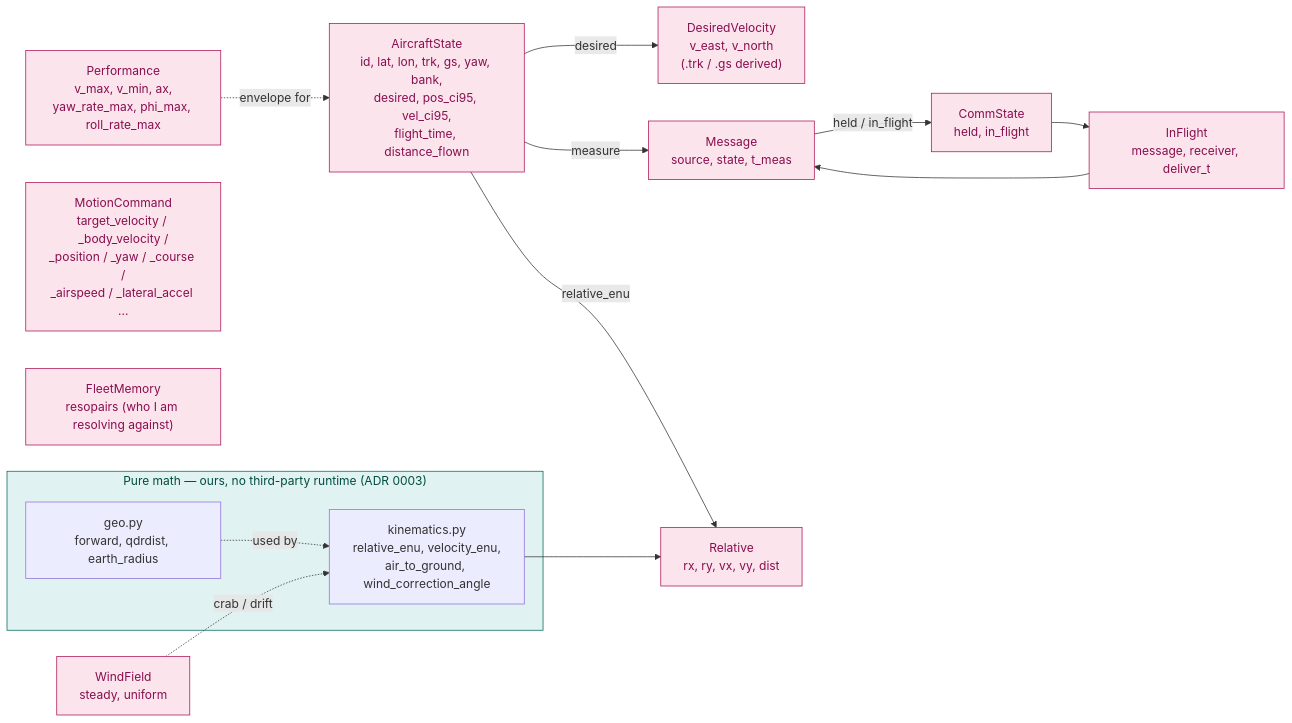
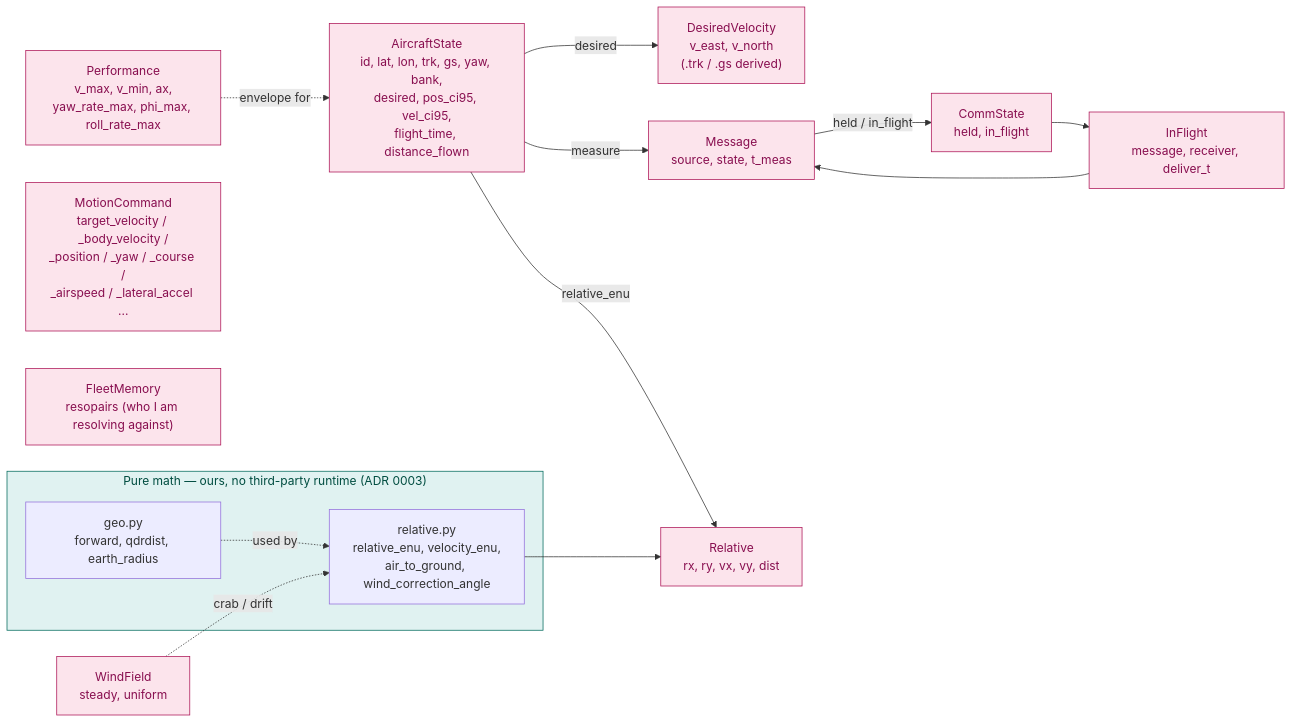
The fifth of 5 diagrams in vault/architecture-dataflow.md (fazlurnu/OpenCDaRR), drawn with Mermaid before and after one commit. The commit also changed other lines of this file and 3 other files, not shown here.

````diff
--- a/vault/architecture-dataflow.md
+++ b/vault/architecture-dataflow.md
@@ -307,34 +307,34 @@
 ```mermaid
 flowchart LR
     AS["AircraftState<br/>id, lat, lon, trk, gs, yaw, bank,<br/>desired, pos_ci95, vel_ci95,<br/>flight_time, distance_flown"]
     DV["DesiredVelocity<br/>v_east, v_north<br/>(.trk / .gs derived)"]
     CMD["MotionCommand<br/>target_velocity / _body_velocity /<br/>_position / _yaw / _course /<br/>_airspeed / _lateral_accel ..."]
     MSG["Message<br/>source, state, t_meas"]
     CS["CommState<br/>held, in_flight"]
     IF["InFlight<br/>message, receiver, deliver_t"]
     FM["FleetMemory<br/>resopairs (who I am resolving against)"]
     REL["Relative<br/>rx, ry, vx, vy, dist"]
     PERF["Performance<br/>v_max, v_min, ax,<br/>yaw_rate_max, phi_max, roll_rate_max"]
     WFv["WindField<br/>steady, uniform"]
 
     AS -->|desired| DV
     AS -->|measure| MSG
     MSG -->|held / in_flight| CS
     CS --> IF
     IF --> MSG
     AS -->|relative_enu| REL
     PERF -. envelope for .-> AS
 
     subgraph geo_km["Pure math — ours, no third-party runtime (ADR 0003)"]
         GEO["geo.py<br/>forward, qdrdist, earth_radius"]
-        KM["kinematics.py<br/>relative_enu, velocity_enu,<br/>air_to_ground, wind_correction_angle"]
+        KM["relative.py<br/>relative_enu, velocity_enu,<br/>air_to_ground, wind_correction_angle"]
     end
     KM --> REL
     GEO -. used by .-> KM
     WFv -. crab / drift .-> KM
 
     classDef val fill:#fce4ec,stroke:#ad1457,color:#880e4f
     classDef math fill:#e0f2f1,stroke:#00695c,color:#004d40
     class AS,DV,CMD,MSG,CS,IF,FM,REL,PERF,WFv val
     class geo_km math
 ```
````
